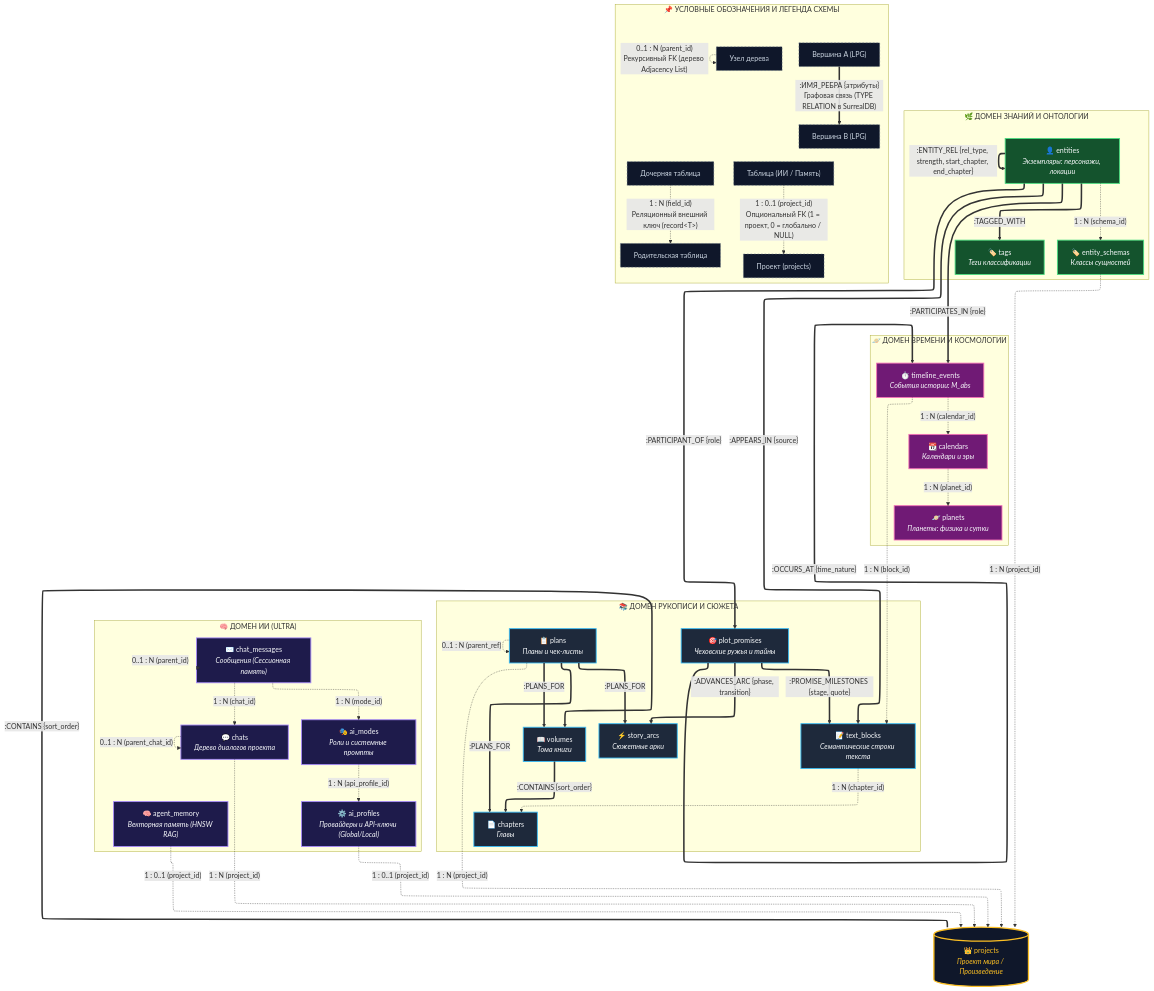
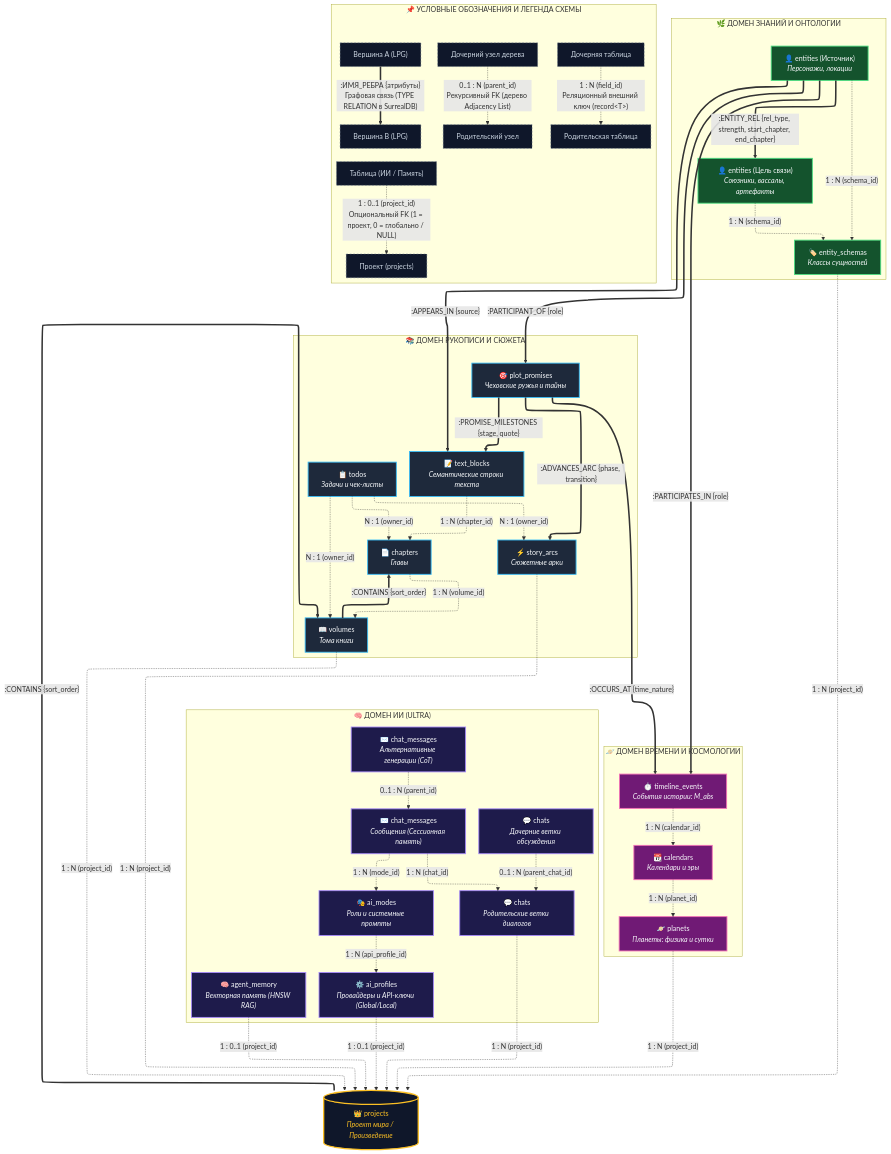
The diagram in docs/coursework/02_Исследовательская_часть/2.8_концептуальная_схема.md (nagisokyn-prog/WorldWiki), drawn with Mermaid before and after one commit. The commit also changed other lines of this file and 1 other file, not shown here.

Commit message:
fix: handle null pointer exception in user authentication flow

````diff
--- a/docs/coursework/02_Исследовательская_часть/2.8_концептуальная_схема.md
+++ b/docs/coursework/02_Исследовательская_часть/2.8_концептуальная_схема.md
@@ -54,8 +53,6 @@
 ```mermaid
 flowchart TB
 %%{init: {"flowchart": {"defaultRenderer": "elk"}} }%%
-
-    %% mermaid-lint-disable no-self-loop
 
     %% ==========================================
     %% СТИЛИ И КЛАСТЕРЫ
@@ -81,7 +78,7 @@
         TextBlocks["📝 text_blocks<br/><i>Семантические строки текста</i>"]:::narrative
         StoryArcs["⚡ story_arcs<br/><i>Сюжетные арки</i>"]:::narrative
         PlotPromises["🎯 plot_promises<br/><i>Чеховские ружья и тайны</i>"]:::narrative
-        Plans["📋 plans<br/><i>Планы и чек-листы</i>"]:::narrative
+        Todos["📋 todos<br/><i>Задачи и чек-листы</i>"]:::narrative
     end
 
     %% ==========================================
@@ -89,8 +86,8 @@
     %% ==========================================
     subgraph LoreDomain ["🌿 ДОМЕН ЗНАНИЙ И ОНТОЛОГИИ"]
         EntitySchemas["🏷️ entity_schemas<br/><i>Классы сущностей</i>"]:::lore
-        Entities["👤 entities<br/><i>Экземпляры: персонажи, локации</i>"]:::lore
-        Tags["🏷️ tags<br/><i>Теги классификации</i>"]:::lore
+        Entities["👤 entities (Источник)<br/><i>Персонажи, локации</i>"]:::lore
+        TargetEntities["👤 entities (Цель связи)<br/><i>Союзники, вассалы, артефакты</i>"]:::lore
     end
 
     %% ==========================================
@@ -108,8 +105,10 @@
     subgraph AiDomain ["🧠 ДОМЕН ИИ (ULTRA)"]
         AiProfiles["⚙️ ai_profiles<br/><i>Провайдеры и API-ключи (Global/Local)</i>"]:::ai
         AiModes["🎭 ai_modes<br/><i>Роли и системные промпты</i>"]:::ai
-        Chats["💬 chats<br/><i>Дерево диалогов проекта</i>"]:::ai
+        Chats["💬 chats<br/><i>Родительские ветки диалогов</i>"]:::ai
+        SubChats["💬 chats<br/><i>Дочерние ветки обсуждения</i>"]:::ai
         ChatMessages["✉️ chat_messages<br/><i>Сообщения (Сессионная память)</i>"]:::ai
+        AltMessages["✉️ chat_messages<br/><i>Альтернативные генерации (CoT)</i>"]:::ai
         AgentMemory["🧠 agent_memory<br/><i>Векторная память (HNSW RAG)</i>"]:::ai
     end
 
@@ -134,15 +133,8 @@
     %% Автоматическое сканирование упоминаний сущностей в тексте рукописи (семантические блоки)
     Entities ==>|":APPEARS_IN {source}"| TextBlocks
 
-    %% ПЛАНЫ: Декомпозиция томов, глав и арок
-    Plans ==>|":PLANS_FOR"| Volumes
-    Plans ==>|":PLANS_FOR"| Chapters
-    Plans ==>|":PLANS_FOR"| StoryArcs
-
-    %% ЛОР: Взаимодействия сущностей и таксономия
-    %% mermaid-lint-disable-next-line no-self-loop
-    Entities ==>|":ENTITY_REL {rel_type, strength, start_chapter, end_chapter}"| Entities
-    Entities ==>|":TAGGED_WITH"| Tags
+    %% ЛОР: Взаимодействия сущностей
+    Entities ==>|":ENTITY_REL {rel_type, strength, start_chapter, end_chapter}"| TargetEntities
     Entities ==>|":PARTICIPATES_IN {role}"| TimelineEvents
 
     %% ==========================================
@@ -150,29 +142,31 @@
     %% ==========================================
 
     %% Рукопись (реляционная иерархия 1:N)
+    Volumes -.->|"1 : N (project_id)"| Project
+    Chapters -.->|"1 : N (volume_id)"| Volumes
     TextBlocks -.->|"1 : N (chapter_id)"| Chapters
+    StoryArcs -.->|"1 : N (project_id)"| Project
 
-    %% Планы: принадлежат проекту и образуют дерево чек-листов
-    Plans -.->|"1 : N (project_id)"| Project
-    %% mermaid-lint-disable-next-line no-self-loop
-    Plans -.->|"0..1 : N (parent_ref)"| Plans
+    %% Задачи планировщика: полиморфная связь N:1 без циклов
+    Todos -.->|"N : 1 (owner_id)"| Volumes
+    Todos -.->|"N : 1 (owner_id)"| Chapters
+    Todos -.->|"N : 1 (owner_id)"| StoryArcs
 
     %% Онтология: схема закреплена за проектом, сущность типизирована схемой
     EntitySchemas -.->|"1 : N (project_id)"| Project
     Entities -.->|"1 : N (schema_id)"| EntitySchemas
+    TargetEntities -.->|"1 : N (schema_id)"| EntitySchemas
 
     %% Реляционная космология (иерархия 1:N)
+    Planets -.->|"1 : N (project_id)"| Project
     Calendars -.->|"1 : N (planet_id)"| Planets
     TimelineEvents -.->|"1 : N (calendar_id)"| Calendars
-    TimelineEvents -.->|"1 : N (block_id)"| TextBlocks
 
     %% Реляционное ИИ-пространство (иерархия 1:N и 1:0..1)
     Chats -.->|"1 : N (project_id)"| Project
-    %% mermaid-lint-disable-next-line no-self-loop
-    Chats -.->|"0..1 : N (parent_chat_id)"| Chats
+    SubChats -.->|"0..1 : N (parent_chat_id)"| Chats
     ChatMessages -.->|"1 : N (chat_id)"| Chats
-    %% mermaid-lint-disable-next-line no-self-loop
-    ChatMessages -.->|"0..1 : N (parent_id)"| ChatMessages
+    AltMessages -.->|"0..1 : N (parent_id)"| ChatMessages
     ChatMessages -.->|"1 : N (mode_id)"| AiModes
 
     %% Настройки ИИ и Векторная память (с поддержкой глобального скоупа 1:0..1)
@@ -187,9 +181,8 @@
         direction TB
         LegEdge1["Вершина A (LPG)"] ==>|":ИМЯ_РЕБРА {атрибуты}<br/>Графовая связь (TYPE RELATION в SurrealDB)"| LegEdge2["Вершина B (LPG)"]
         LegRef1["Дочерняя таблица"] -.->|"1 : N (field_id)<br/>Реляционный внешний ключ (record&lt;T&gt;)"| LegRef2["Родительская таблица"]
-        %% mermaid-lint-disable-next-line no-self-loop
-        LegRec1["Узел дерева"] -.->|"0..1 : N (parent_id)<br/>Рекурсивный FK (дерево Adjacency List)"| LegRec1
+        LegRec1["Дочерний узел дерева"] -.->|"0..1 : N (parent_id)<br/>Рекурсивный FK (дерево Adjacency List)"| LegRec2["Родительский узел"]
         LegOpt1["Таблица (ИИ / Память)"] -.->|"1 : 0..1 (project_id)<br/>Опциональный FK (1 = проект, 0 = глобально / NULL)"| LegOpt2["Проект (projects)"]
     end
-    class LegEdge1,LegEdge2,LegRef1,LegRef2,LegRec1,LegOpt1,LegOpt2 legend;
+    class LegEdge1,LegEdge2,LegRef1,LegRef2,LegRec1,LegRec2,LegOpt1,LegOpt2 legend;
 ```
````
